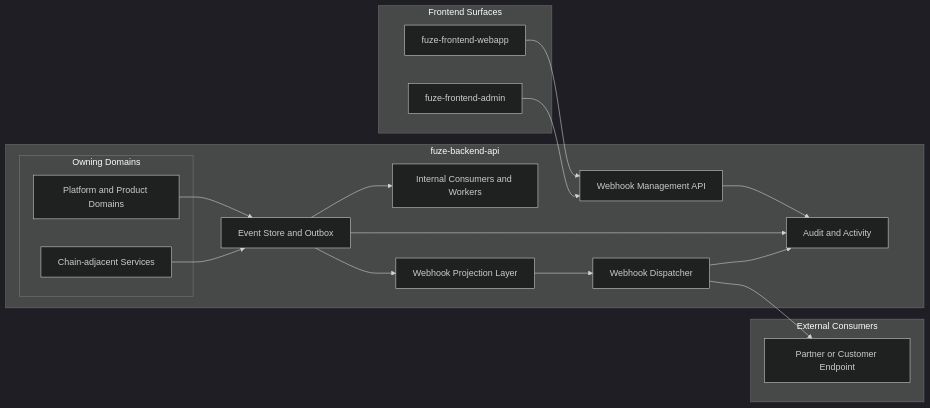
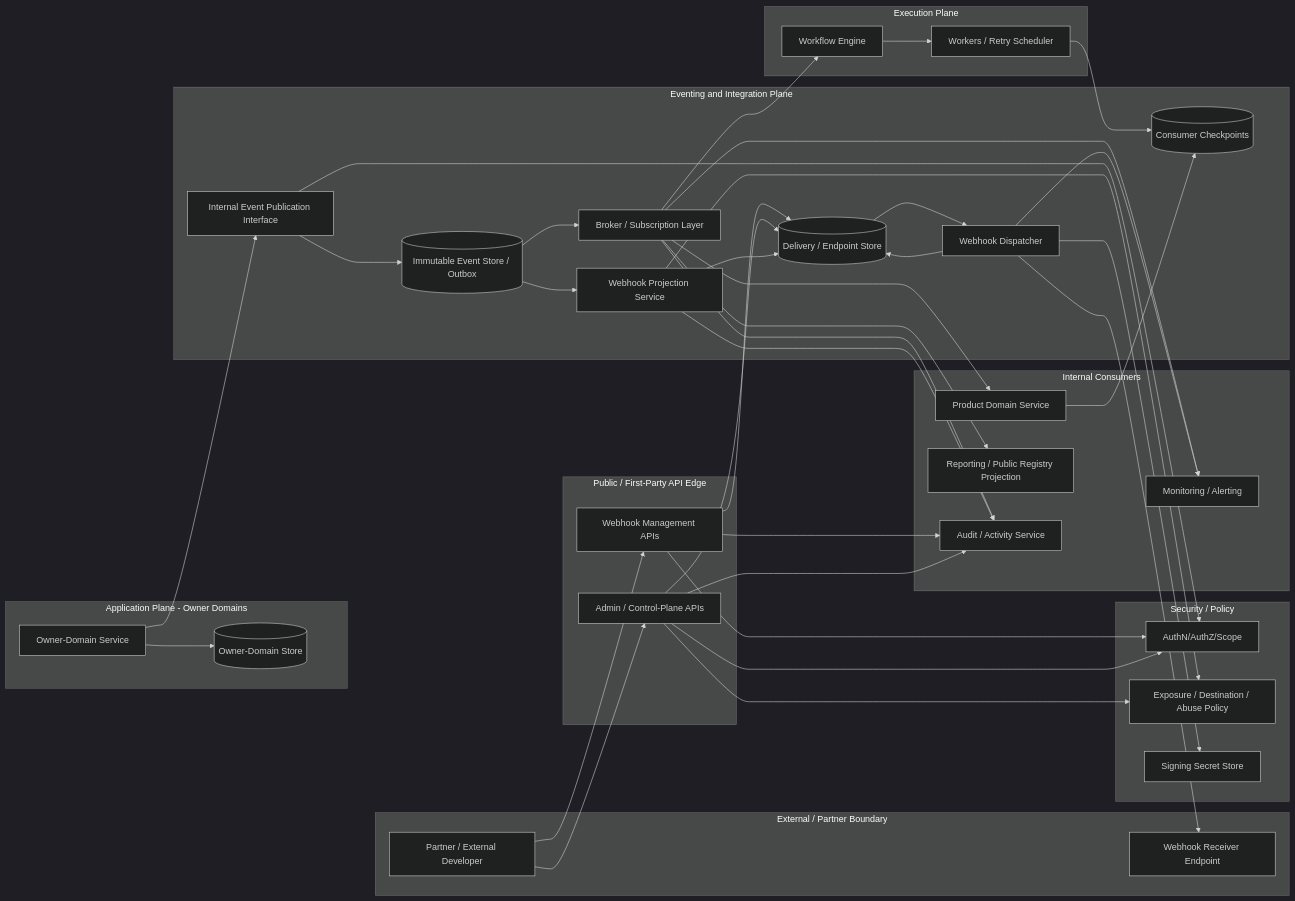
The first of 3 diagrams in EVENT_MODEL_AND_WEBHOOK_SPEC.md (fuze-ac/api-specs), drawn with Mermaid (dark theme) before and after one commit. The commit also changed other lines of this file and 50 other files, not shown here.

````diff
--- a/EVENT_MODEL_AND_WEBHOOK_SPEC.md
+++ b/EVENT_MODEL_AND_WEBHOOK_SPEC.md
@@ -624,36 +704,79 @@
 ```mermaid
 flowchart LR
-    subgraph FE[Frontend Surfaces]
-        WEB[fuze-frontend-webapp]
-        ADMIN[fuze-frontend-admin]
-    end
+  subgraph External[External / Partner Boundary]
+    ExtClient[Partner / External Developer]
+    Receiver[Webhook Receiver Endpoint]
+  end
 
-    subgraph BE[fuze-backend-api]
-        subgraph DOMAINS[Owning Domains]
-            D1[Platform and Product Domains]
-            D2[Chain-adjacent Services]
-        end
-        EVT[Event Store and Outbox]
-        CONS[Internal Consumers and Workers]
-        PROJ[Webhook Projection Layer]
-        DISP[Webhook Dispatcher]
-        CTRL[Webhook Management API]
-        AUD[Audit and Activity]
-    end
+  subgraph Edge[Public / First-Party API Edge]
+    PublicAPI[Webhook Management APIs]
+    AdminAPI[Admin / Control-Plane APIs]
+  end
 
-    subgraph EXT[External Consumers]
-        PARTNER[Partner or Customer Endpoint]
-    end
+  subgraph App[Application Plane - Owner Domains]
+    OwnerSvc[Owner-Domain Service]
+    DomainStore[(Owner-Domain Store)]
+  end
 
-    WEB --> CTRL
-    ADMIN --> CTRL
-    D1 --> EVT
-    D2 --> EVT
-    EVT --> CONS
-    EVT --> PROJ
-    PROJ --> DISP
-    DISP --> PARTNER
-    CTRL --> AUD
-    EVT --> AUD
-    DISP --> AUD
+  subgraph Eventing[Eventing and Integration Plane]
+    Publisher[Internal Event Publication Interface]
+    EventStore[(Immutable Event Store / Outbox)]
+    Broker[Broker / Subscription Layer]
+    Projection[Webhook Projection Service]
+    Dispatcher[Webhook Dispatcher]
+    DeliveryStore[(Delivery / Endpoint Store)]
+    Checkpoints[(Consumer Checkpoints)]
+  end
+
+  subgraph Execution[Execution Plane]
+    Workflow[Workflow Engine]
+    Worker[Workers / Retry Scheduler]
+  end
+
+  subgraph Consumers[Internal Consumers]
+    ProductSvc[Product Domain Service]
+    Reporting[Reporting / Public Registry Projection]
+    Audit[Audit / Activity Service]
+    Observability[Monitoring / Alerting]
+  end
+
+  subgraph Security[Security / Policy]
+    Authz[AuthN/AuthZ/Scope]
+    Policy[Exposure / Destination / Abuse Policy]
+    Secrets[Signing Secret Store]
+  end
+
+  ExtClient --> PublicAPI
+  ExtClient --> AdminAPI
+  PublicAPI --> Authz
+  AdminAPI --> Authz
+  PublicAPI --> DeliveryStore
+  AdminAPI --> DeliveryStore
+  AdminAPI --> Policy
+
+  OwnerSvc --> DomainStore
+  OwnerSvc --> Publisher
+  Publisher --> Authz
+  Publisher --> EventStore
+  EventStore --> Broker
+  Broker --> ProductSvc
+  Broker --> Workflow
+  Broker --> Reporting
+  Broker --> Audit
+  Broker --> Observability
+  ProductSvc --> Checkpoints
+  Workflow --> Worker
+  Worker --> Checkpoints
+
+  EventStore --> Projection
+  Projection --> Policy
+  Projection --> DeliveryStore
+  DeliveryStore --> Dispatcher
+  Dispatcher --> Secrets
+  Dispatcher --> Receiver
+  Dispatcher --> DeliveryStore
+  Dispatcher --> Observability
+  Projection --> Audit
+  PublicAPI --> Audit
+  AdminAPI --> Audit
 ```
````
